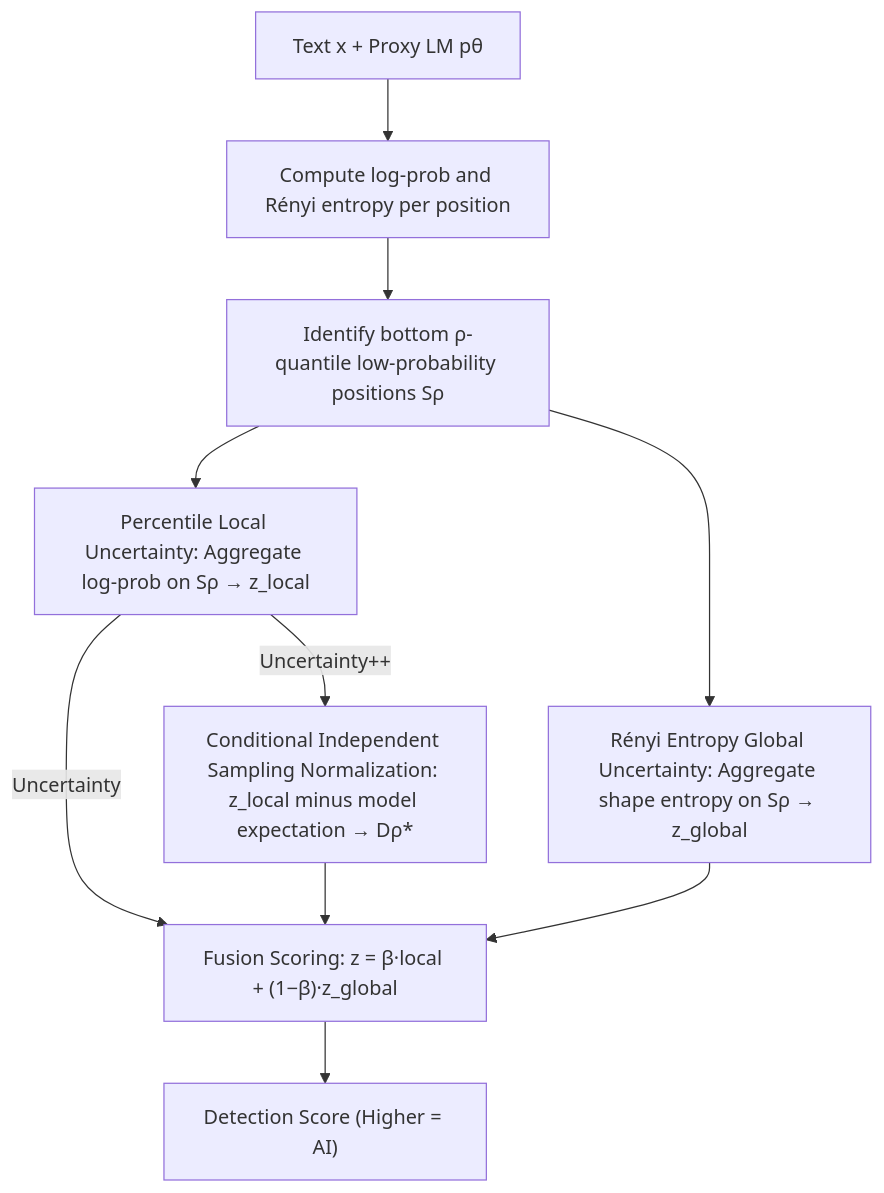
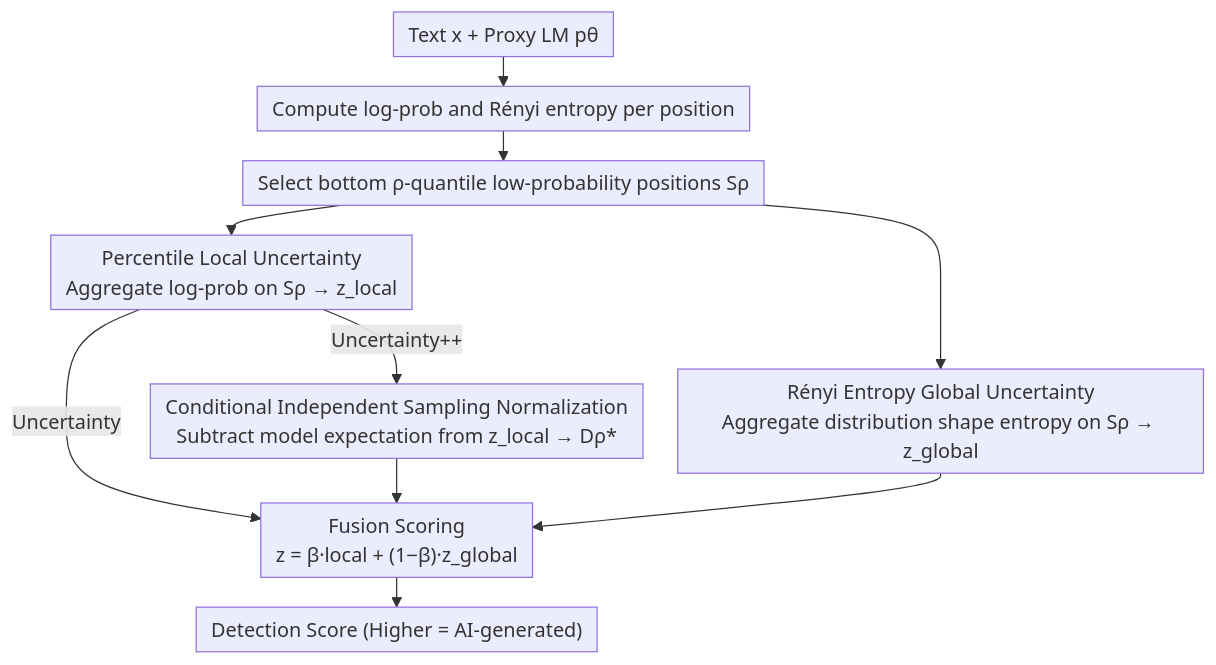
Before and after one commit to zhaoyang97/Paper-Notes-en: the diagram in docs/ICML2026/aigc_detection/on_the_salience_of_low-probability_tokens_for_ai-generated_text_detection_a_mult.md, drawn with Mermaid. The commit also changed other lines of this file and 5084 other files, not shown here.

````diff
--- a/docs/ICML2026/aigc_detection/on_the_salience_of_low-probability_tokens_for_ai-generated_text_detection_a_mult.md
+++ b/docs/ICML2026/aigc_detection/on_the_salience_of_low-probability_tokens_for_ai-generated_text_detection_a_mult.md
@@ -45,12 +45,13 @@
 ```mermaid
+%%{init: {'flowchart': {'rankSpacing': 24, 'nodeSpacing': 28, 'padding': 6, 'wrappingWidth': 400}}}%%
 flowchart TD
     A["Text x + Proxy LM pθ"] --> B["Compute log-prob and Rényi entropy per position"]
-    B --> C["Identify bottom ρ-quantile low-probability positions Sρ"]
-    C --> D["Percentile Local Uncertainty: Aggregate log-prob on Sρ → z_local"]
-    C --> E["Rényi Entropy Global Uncertainty: Aggregate shape entropy on Sρ → z_global"]
-    D -->|"Uncertainty++"| F["Conditional Independent Sampling Normalization: z_local minus model expectation → Dρ*"]
-    D -->|"Uncertainty"| G["Fusion Scoring: z = β·local + (1−β)·z_global"]
+    B --> C["Select bottom ρ-quantile low-probability positions Sρ"]
+    C --> D["Percentile Local Uncertainty<br/>Aggregate log-prob on Sρ → z_local"]
+    C --> E["Rényi Entropy Global Uncertainty<br/>Aggregate distribution shape entropy on Sρ → z_global"]
+    D -->|"Uncertainty++"| F["Conditional Independent Sampling Normalization<br/>Subtract model expectation from z_local → Dρ*"]
+    D -->|"Uncertainty"| G["Fusion Scoring<br/>z = β·local + (1−β)·z_global"]
     F --> G
     E --> G
-    G --> H["Detection Score (Higher = AI)"]
+    G --> H["Detection Score (Higher = AI-generated)"]
 ```
````
